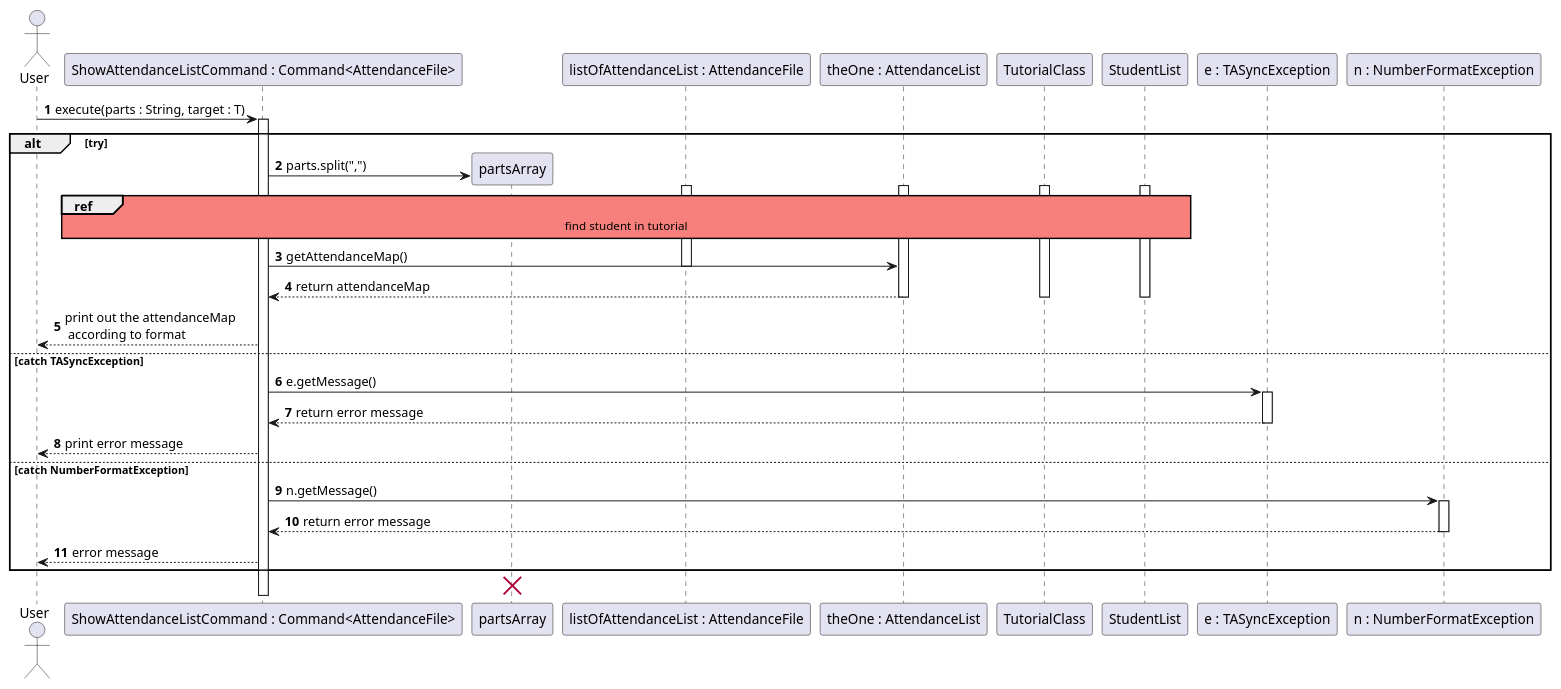
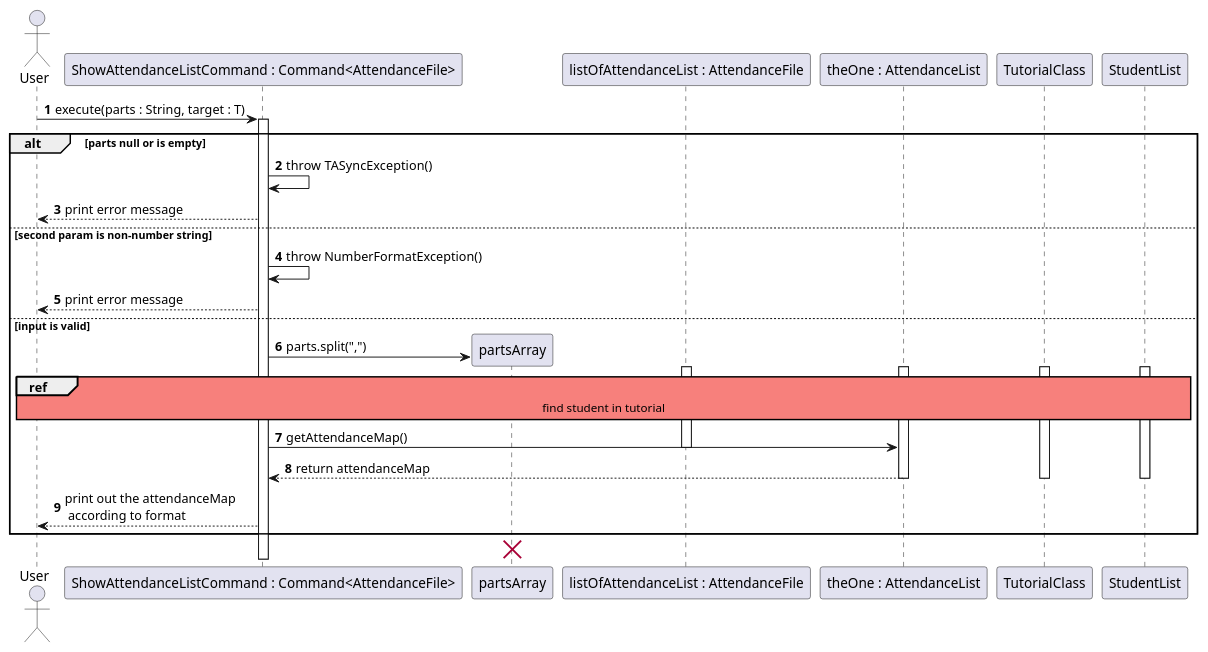
The diagram in docs/diagrams/attendancelistcommands/ShowAttendanceListCommand.puml (wongyihao02/tp), drawn with PlantUML before and after one commit. The commit also changed 7 other files, not shown here.

Commit message:
updated seq diagrams

```diff
--- a/docs/diagrams/attendancelistcommands/ShowAttendanceListCommand.puml
+++ b/docs/diagrams/attendancelistcommands/ShowAttendanceListCommand.puml
@@ -1,61 +1,51 @@
 @startuml
 'https://plantuml.com/sequence-diagram
 
 autonumber
 actor User
 participant "ShowAttendanceListCommand : Command<AttendanceFile>" as command
 participant "partsArray" as parts
 participant "listOfAttendanceList : AttendanceFile" as listOfAttendanceList
 participant "theOne : AttendanceList" as theOne
 participant "TutorialClass" as tutorialClass
 participant "StudentList" as studentList
-participant "e : TASyncException" as e
-participant "n : NumberFormatException" as n
+
 
 skinparam sequenceReferenceBackgroundColor #f7807c
 
 User -> command : execute(parts : String, target : T)
 activate command
-alt try
 
+
+alt parts null or is empty
+command -> command : throw TASyncException()
+command --> User : print error message
+else second param is non-number string
+command -> command : throw NumberFormatException()
+command --> User : print error message
+else input is valid
 create parts
 command -> parts : parts.split(",")
 activate listOfAttendanceList
-ref over command, listOfAttendanceList, theOne, tutorialClass, studentList
+ref over User, command, listOfAttendanceList, theOne, tutorialClass, studentList
 find student in tutorial
 end ref
 
 
 activate tutorialClass
 activate studentList
 activate theOne
 command -> theOne : getAttendanceMap()
 deactivate listOfAttendanceList
 theOne --> command : return attendanceMap
 
 deactivate theOne
 deactivate tutorialClass
 deactivate studentList
 command --> User : print out the attendanceMap\n according to format
+end
 
-else catch TASyncException
-
-
-    command -> e : e.getMessage()
-    activate e
-    e --> command : return error message
-    deactivate e
-    command --> User  : print error message
-
-    else catch NumberFormatException
-     command -> n : n.getMessage()
-     activate n
-     n --> command : return error message
-     deactivate n
-     command --> User : error message
-
-end
 destroy parts
 
 
 @enduml
```
